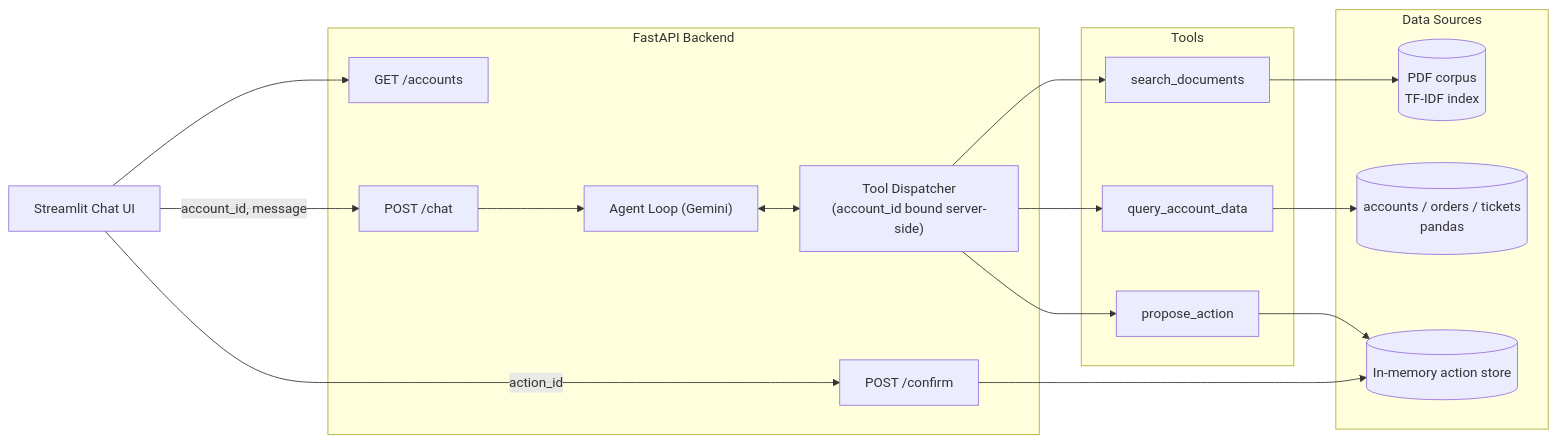
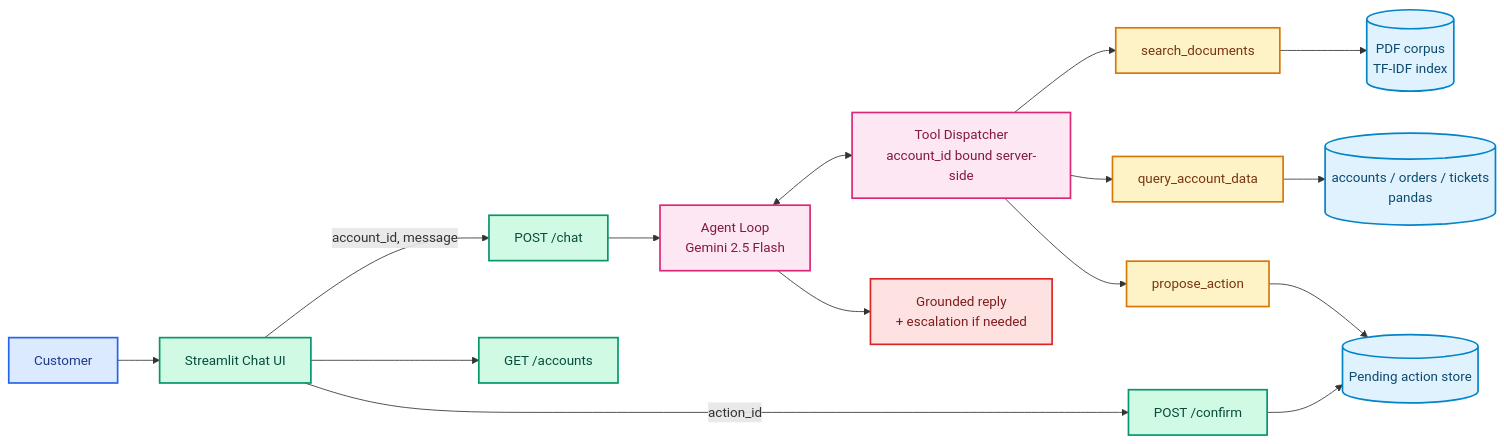
Before and after one commit to AmanDataGuy/parcelpilot-support-agent: the diagram in README.md, drawn with Mermaid. The commit also changed other lines of this file, not shown here.

Commit message:
Rewrite README with architecture diagram and demo section

````diff
--- a/README.md
+++ b/README.md
@@ -11,34 +32,28 @@
 ```mermaid
 flowchart LR
-    UI["Streamlit Chat UI"]
+    classDef input fill:#dbeafe,stroke:#2563eb,stroke-width:2px,color:#1e3a8a
+    classDef interface fill:#d1fae5,stroke:#059669,stroke-width:2px,color:#064e3b
+    classDef agent fill:#fce7f3,stroke:#db2777,stroke-width:2px,color:#831843
+    classDef tool fill:#fef3c7,stroke:#d97706,stroke-width:2px,color:#78350f
+    classDef data fill:#e0f2fe,stroke:#0284c7,stroke-width:2px,color:#0c4a6e
+    classDef output fill:#fee2e2,stroke:#dc2626,stroke-width:2px,color:#7f1d1d
 
-    subgraph backend["FastAPI Backend"]
-        ACCTS["GET /accounts"]
-        CHAT["POST /chat"]
-        CONFIRM["POST /confirm"]
-        AGENT["Agent Loop (Gemini)"]
-        DISPATCH["Tool Dispatcher\n(account_id bound server-side)"]
-    end
+    User[Customer]:::input --> UI[Streamlit Chat UI]:::interface
+    UI -->|account_id, message| CHAT[POST /chat]:::interface
+    UI -->|action_id| CONFIRM[POST /confirm]:::interface
+    UI --> ACCTS[GET /accounts]:::interface
 
-    subgraph tools["Tools"]
-        SEARCH["search_documents"]
-        QUERY["query_account_data"]
-        PROPOSE["propose_action"]
-    end
+    CHAT --> AGENT[Agent Loop<br>Gemini 2.5 Flash]:::agent
+    AGENT <--> DISPATCH[Tool Dispatcher<br>account_id bound server-side]:::agent
 
-    subgraph data["Data Sources"]
-        PDF[("PDF corpus\nTF-IDF index")]
-        XLSX[("accounts / orders / tickets\npandas")]
-        ACTIONS[("In-memory action store")]
-    end
+    DISPATCH --> SEARCH[search_documents]:::tool
+    DISPATCH --> QUERY[query_account_data]:::tool
+    DISPATCH --> PROPOSE[propose_action]:::tool
 
-    UI -->|account_id, message| CHAT
-    UI --> ACCTS
-    UI -->|action_id| CONFIRM
-    CHAT --> AGENT
-    AGENT <--> DISPATCH
-    DISPATCH --> SEARCH --> PDF
-    DISPATCH --> QUERY --> XLSX
-    DISPATCH --> PROPOSE --> ACTIONS
+    SEARCH --> PDF[("PDF corpus<br>TF-IDF index")]:::data
+    QUERY --> XLSX[("accounts / orders / tickets<br>pandas")]:::data
+    PROPOSE --> ACTIONS[("Pending action store")]:::data
     CONFIRM --> ACTIONS
+
+    AGENT --> REPLY[Grounded reply<br>+ escalation if needed]:::output
 ```
````
